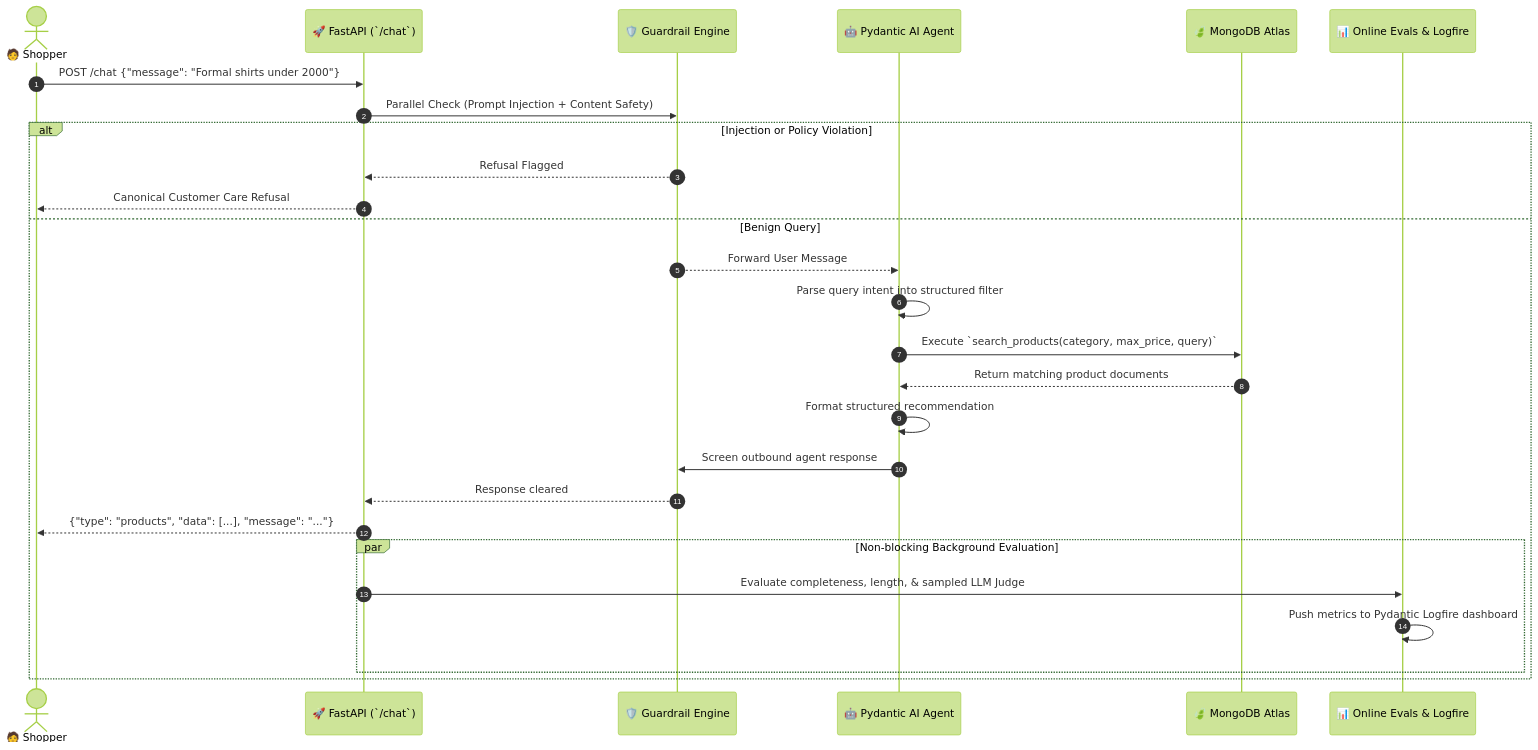
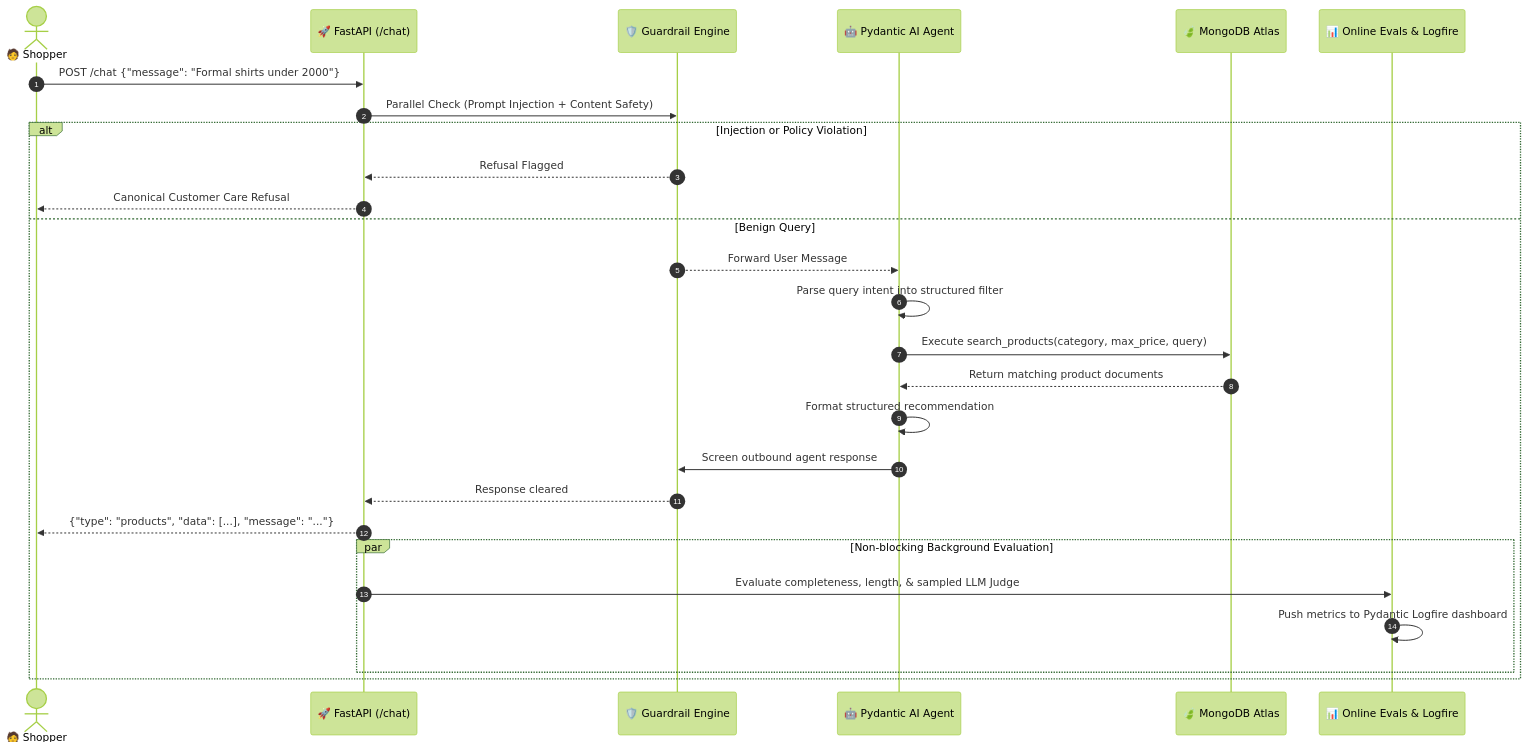
The second of 2 diagrams in README.md (Manishthakur99/Ecommerce-store-gcp), drawn with Mermaid (forest theme) before and after one commit. The commit also changed other lines of this file, not shown here.

Commit message:
Fix Mermaid diagram rendering errors in README

````diff
--- a/README.md
+++ b/README.md
@@ -106,30 +106,30 @@
 ```mermaid
 sequenceDiagram
     autonumber
     actor Shopper as 🧑 Shopper
-    participant API as 🚀 FastAPI (`/chat`)
+    participant API as 🚀 FastAPI (/chat)
     participant Guard as 🛡️ Guardrail Engine
     participant Agent as 🤖 Pydantic AI Agent
     participant DB as 🍃 MongoDB Atlas
     participant Evals as 📊 Online Evals & Logfire
 
     Shopper->>API: POST /chat {"message": "Formal shirts under 2000"}
     API->>Guard: Parallel Check (Prompt Injection + Content Safety)
     alt Injection or Policy Violation
         Guard-->>API: Refusal Flagged
         API-->>Shopper: Canonical Customer Care Refusal
     else Benign Query
         Guard-->>Agent: Forward User Message
         Agent->>Agent: Parse query intent into structured filter
-        Agent->>DB: Execute `search_products(category, max_price, query)`
+        Agent->>DB: Execute search_products(category, max_price, query)
         DB-->>Agent: Return matching product documents
         Agent->>Agent: Format structured recommendation
         Agent->>Guard: Screen outbound agent response
         Guard-->>API: Response cleared
         API-->>Shopper: {"type": "products", "data": [...], "message": "..."}
         par Non-blocking Background Evaluation
             API->>Evals: Evaluate completeness, length, & sampled LLM Judge
             Evals->>Evals: Push metrics to Pydantic Logfire dashboard
         end
     end
 ```
````
